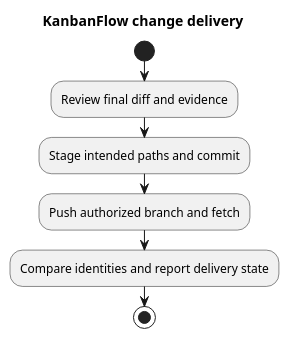
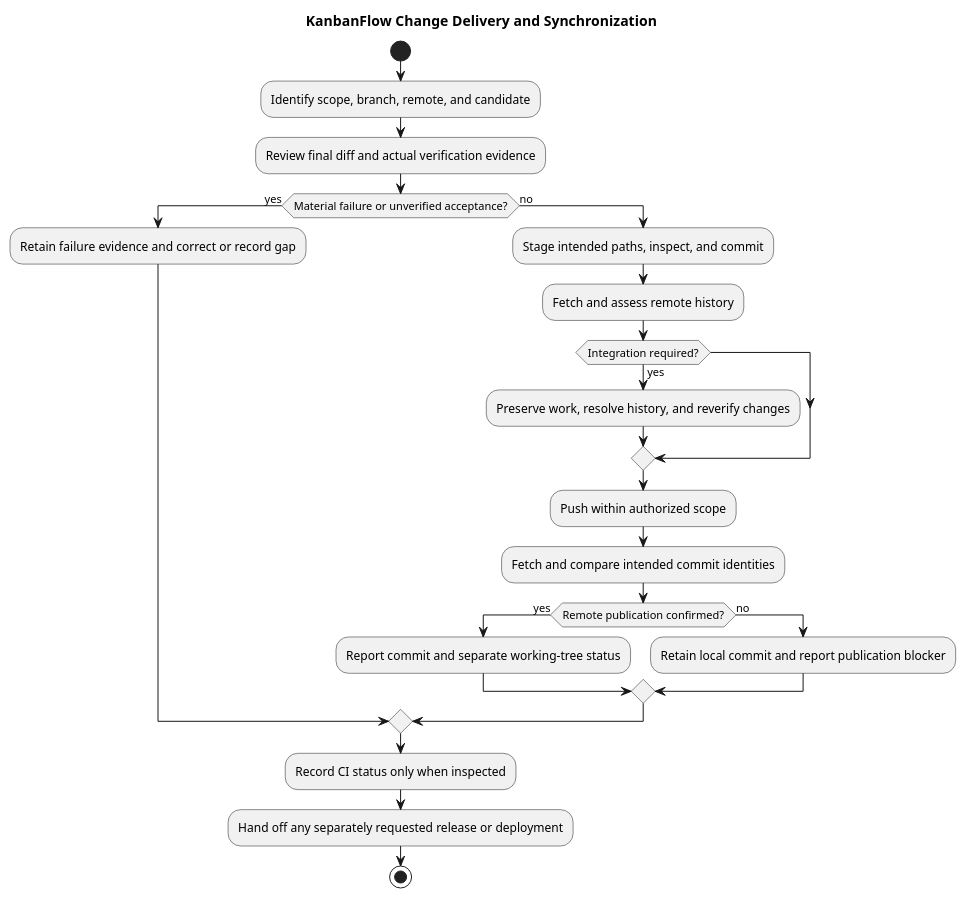
One commit to Farhad-Valizadegan/Web-KanbanFlow changed the diagram in docs/SDLC/05-implementation/change-delivery.md. Above: the diagram before and after it, drawn with PlantUML. The commit also changed other lines of this file and 2 other files, not shown here.

Commit message:
docs: complete change delivery review and synchronization guidance

````diff
--- a/docs/SDLC/05-implementation/change-delivery.md
+++ b/docs/SDLC/05-implementation/change-delivery.md
@@ -37,11 +95,27 @@
 ```plantuml
 @startuml
-title KanbanFlow change delivery
+title KanbanFlow Change Delivery and Synchronization
 start
-:Review final diff and evidence;
-:Stage intended paths and commit;
-:Push authorized branch and fetch;
-:Compare identities and report delivery state;
+:Identify scope, branch, remote, and candidate;
+:Review final diff and actual verification evidence;
+if (Material failure or unverified acceptance?) then (yes)
+ :Retain failure evidence and correct or record gap;
+else (no)
+ :Stage intended paths, inspect, and commit;
+ :Fetch and assess remote history;
+ if (Integration required?) then (yes)
+  :Preserve work, resolve history, and reverify changes;
+ endif
+ :Push within authorized scope;
+ :Fetch and compare intended commit identities;
+ if (Remote publication confirmed?) then (yes)
+  :Report commit and separate working-tree status;
+ else (no)
+  :Retain local commit and report publication blocker;
+ endif
+endif
+:Record CI status only when inspected;
+:Hand off any separately requested release or deployment;
 stop
 @enduml
 ```
````
